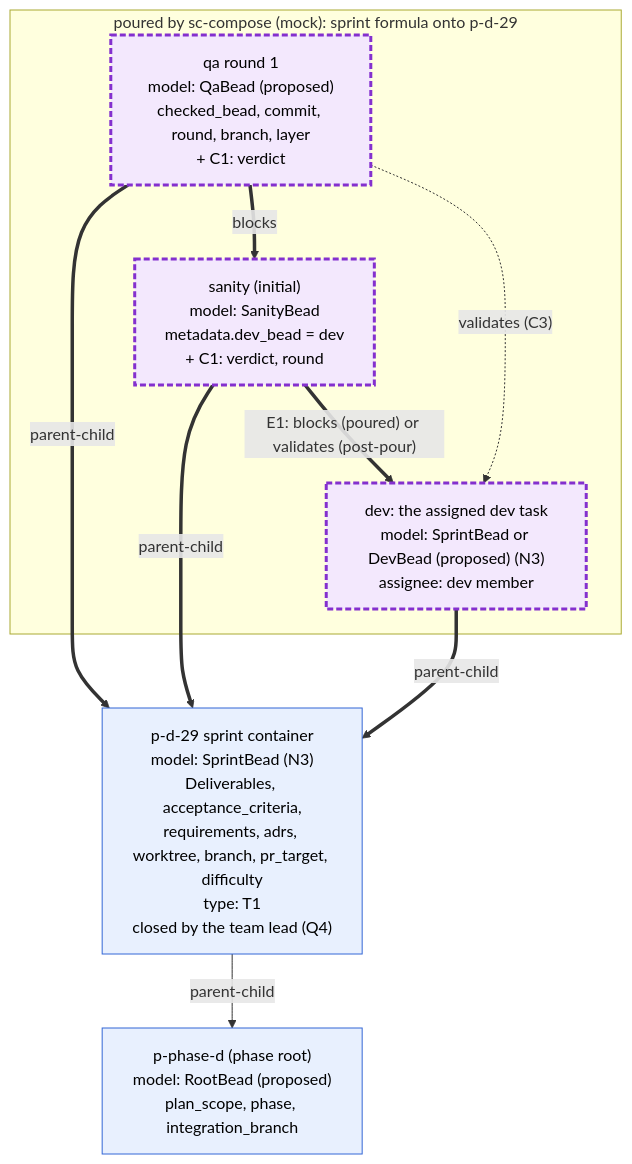
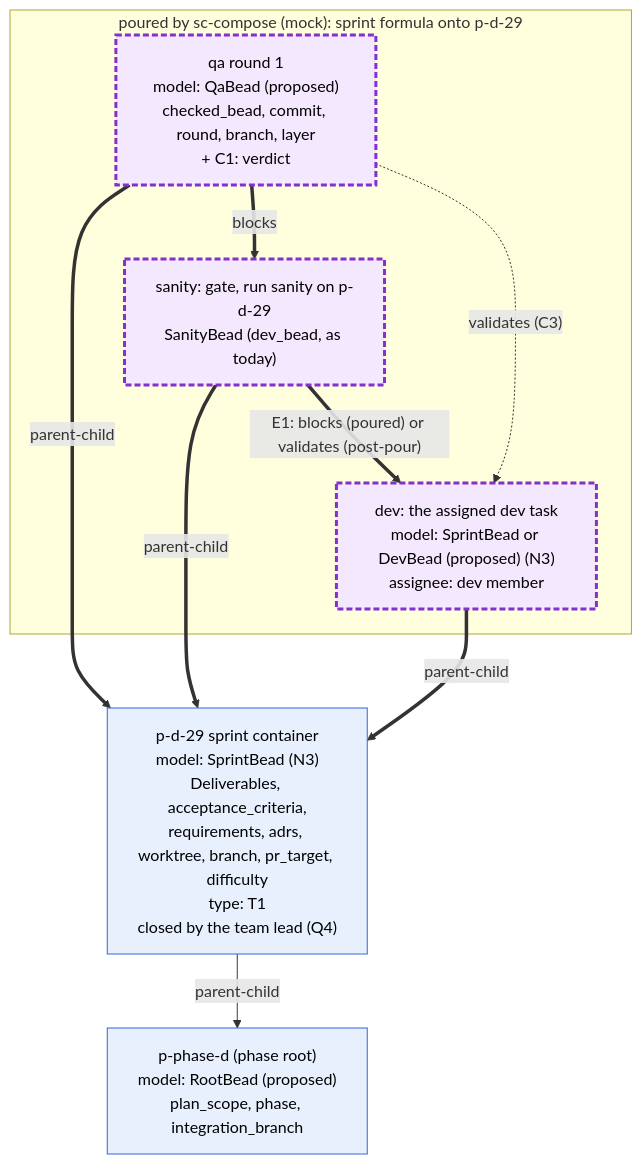
The first of 4 diagrams in docs/diagrams/04-sprint-to-be.md (randlee/atm-bd-orchestration), drawn with Mermaid before and after one commit. The commit also changed other lines of this file and 5 other files, not shown here.

First line of the commit message:
docs: record Rand's Q1, N7-N10 rulings in the bead diagrams

````diff
--- a/docs/diagrams/04-sprint-to-be.md
+++ b/docs/diagrams/04-sprint-to-be.md
@@ -25,22 +25,22 @@
 ```mermaid
 flowchart TB
   classDef tmpl fill:#e8f0fe,stroke:#3367d6,color:#000
   classDef poured fill:#f3e8fd,stroke:#8430ce,stroke-width:3px,stroke-dasharray:6 3,color:#000
 
   ROOT["p-phase-d (phase root)<br/>model: RootBead (proposed)<br/>plan_scope, phase, integration_branch"]:::tmpl
   SPR["p-d-29 sprint container<br/>model: SprintBead (N3)<br/>Deliverables, acceptance_criteria,<br/>requirements, adrs, worktree, branch, pr_target, difficulty<br/>type: T1<br/>closed by the team lead (Q4)"]:::tmpl
 
   subgraph POUR["poured by sc-compose (mock): sprint formula onto p-d-29"]
     DEV["dev: the assigned dev task<br/>model: SprintBead or DevBead (proposed) (N3)<br/>assignee: dev member"]:::poured
-    SAN["sanity (initial)<br/>model: SanityBead<br/>metadata.dev_bead = dev<br/>+ C1: verdict, round"]:::poured
+    SAN["sanity: gate, run sanity on p-d-29<br/>SanityBead (dev_bead, as today)"]:::poured
     QA["qa round 1<br/>model: QaBead (proposed)<br/>checked_bead, commit, round, branch, layer<br/>+ C1: verdict"]:::poured
   end
 
   SPR -->|parent-child| ROOT
   DEV ==>|parent-child| SPR
   SAN ==>|parent-child| SPR
   QA ==>|parent-child| SPR
   SAN ==>|"E1: blocks (poured) or validates (post-pour)"| DEV
   QA ==>|blocks| SAN
   QA -.->|"validates (C3)"| DEV
 ```
````
